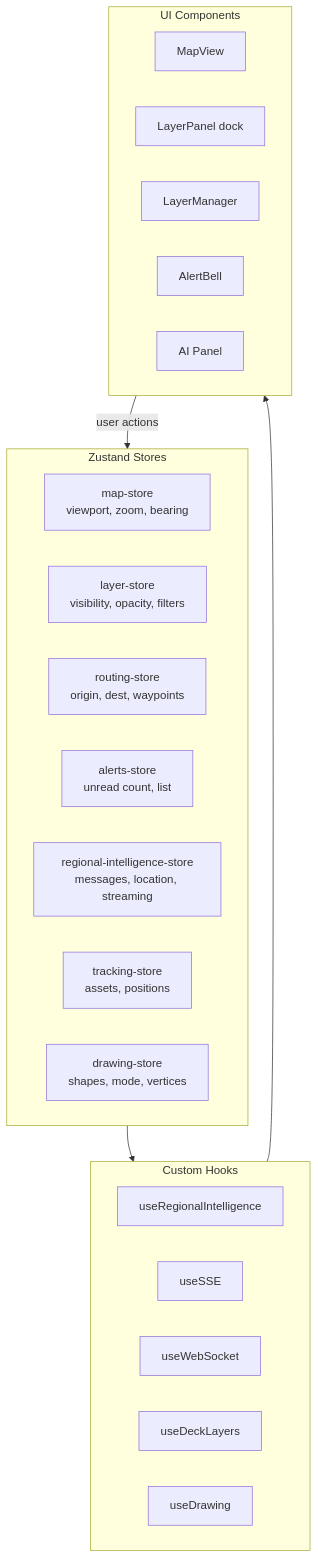
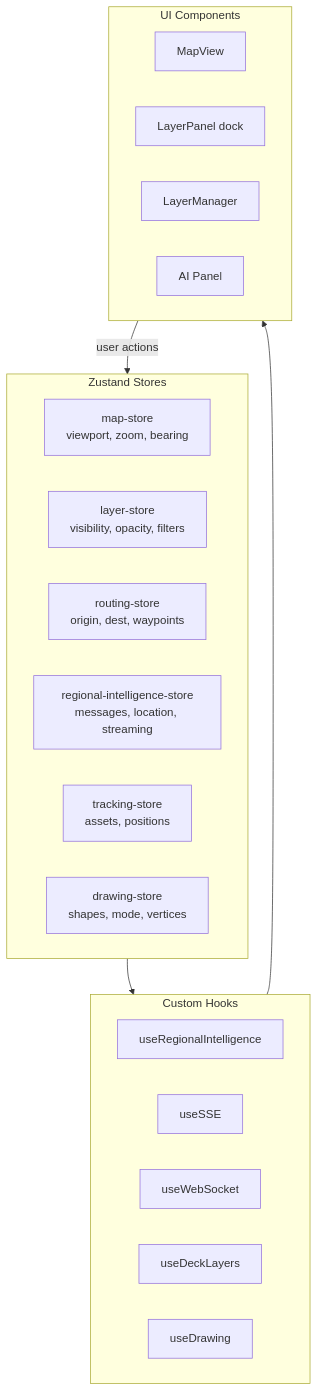
Before and after one commit to Escherbridge/plantgeo: the third of 22 diagrams in docs/diagrams.md, drawn with Mermaid. The commit also changed other lines of this file and 49 other files, not shown here.

````diff
--- a/docs/diagrams.md
+++ b/docs/diagrams.md
@@ -143,31 +143,29 @@
 ```mermaid
 graph TD
     subgraph Stores["Zustand Stores"]
         MapStore[map-store<br/>viewport, zoom, bearing]
         LayerStore[layer-store<br/>visibility, opacity, filters]
         RoutingStore[routing-store<br/>origin, dest, waypoints]
-        AlertsStore[alerts-store<br/>unread count, list]
         AIStore[regional-intelligence-store<br/>messages, location, streaming]
         TrackingStore[tracking-store<br/>assets, positions]
         DrawingStore[drawing-store<br/>shapes, mode, vertices]
     end
 
     subgraph Hooks["Custom Hooks"]
         useRI[useRegionalIntelligence]
         useSSE[useSSE]
         useWS[useWebSocket]
         useDeck[useDeckLayers]
         useDraw[useDrawing]
     end
 
     subgraph Components["UI Components"]
         MapView[MapView]
         Panels[LayerPanel dock]
         Layers[LayerManager]
-        AlertBell[AlertBell]
         RIPanel[AI Panel]
     end
 
     Stores --> Hooks --> Components
     Components -->|user actions| Stores
 ```
````
